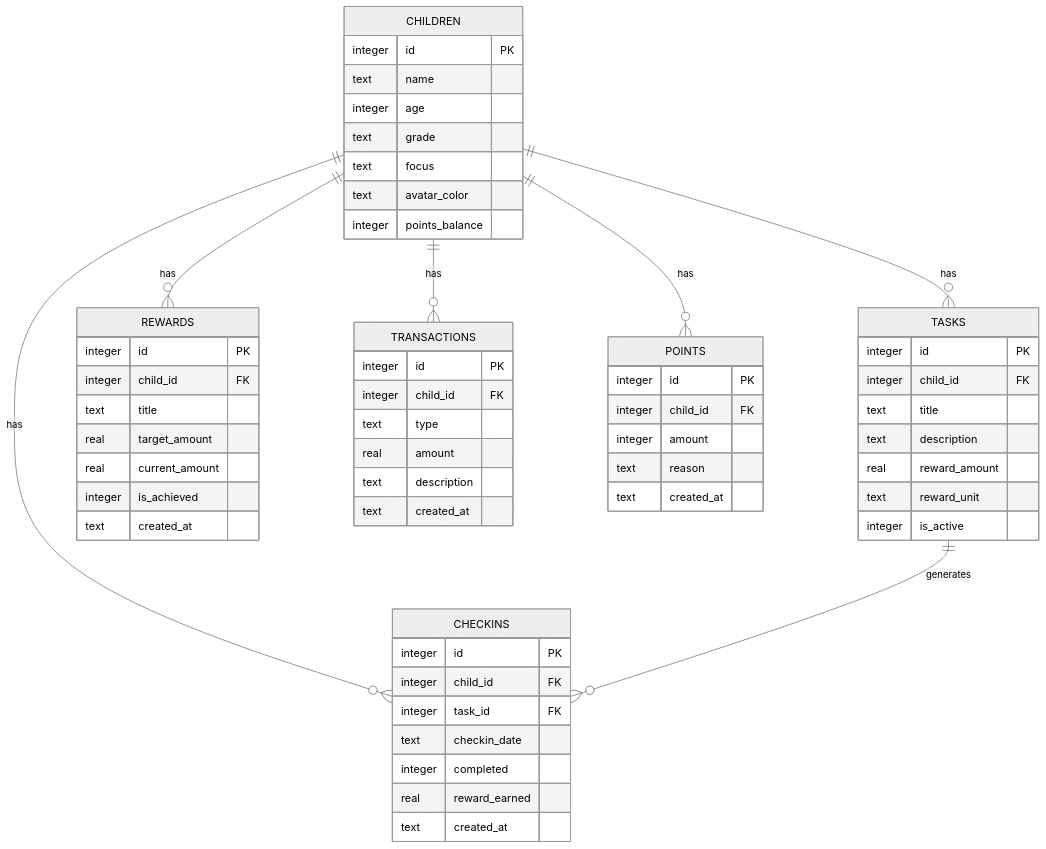
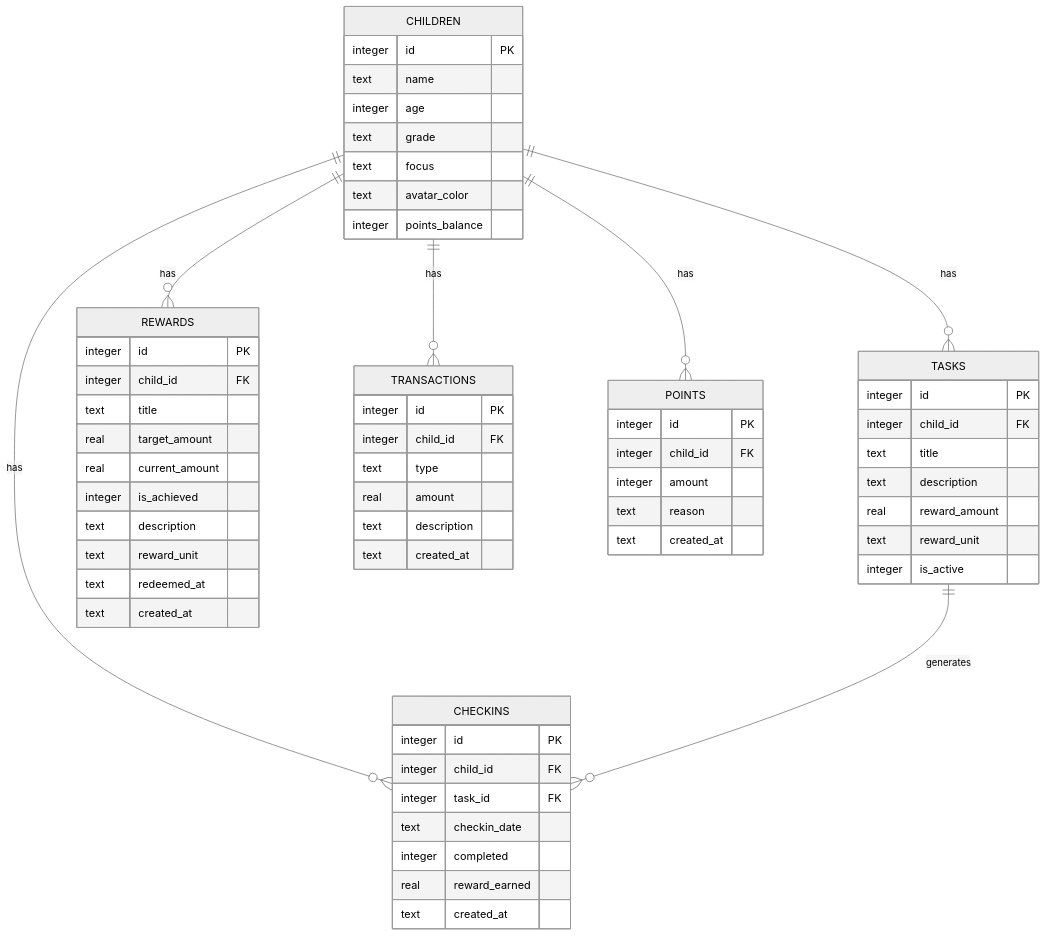
The fifth of 6 diagrams in .qoder/repowiki/zh/content/后端API接口文档/后端API接口文档.md (dawny123123/StarParadise), drawn with Mermaid (neutral theme) before and after one commit. The commit also changed other lines of this file and 229 other files, not shown here.

````diff
--- a/.qoder/repowiki/zh/content/后端API接口文档/后端API接口文档.md
+++ b/.qoder/repowiki/zh/content/后端API接口文档/后端API接口文档.md
@@ -777,60 +865,63 @@
 ```mermaid
 erDiagram
 CHILDREN {
 integer id PK
 text name
 integer age
 text grade
 text focus
 text avatar_color
 integer points_balance
 }
 TASKS {
 integer id PK
 integer child_id FK
 text title
 text description
 real reward_amount
 text reward_unit
 integer is_active
 }
 CHECKINS {
 integer id PK
 integer child_id FK
 integer task_id FK
 text checkin_date
 integer completed
 real reward_earned
 text created_at
 }
 REWARDS {
 integer id PK
 integer child_id FK
 text title
 real target_amount
 real current_amount
 integer is_achieved
+text description
+text reward_unit
+text redeemed_at
 text created_at
 }
 TRANSACTIONS {
 integer id PK
 integer child_id FK
 text type
 real amount
 text description
 text created_at
 }
 POINTS {
 integer id PK
 integer child_id FK
 integer amount
 text reason
 text created_at
 }
 CHILDREN ||--o{ TASKS : "has"
 CHILDREN ||--o{ CHECKINS : "has"
 CHILDREN ||--o{ REWARDS : "has"
 CHILDREN ||--o{ TRANSACTIONS : "has"
 CHILDREN ||--o{ POINTS : "has"
 TASKS ||--o{ CHECKINS : "generates"
 ```
````
